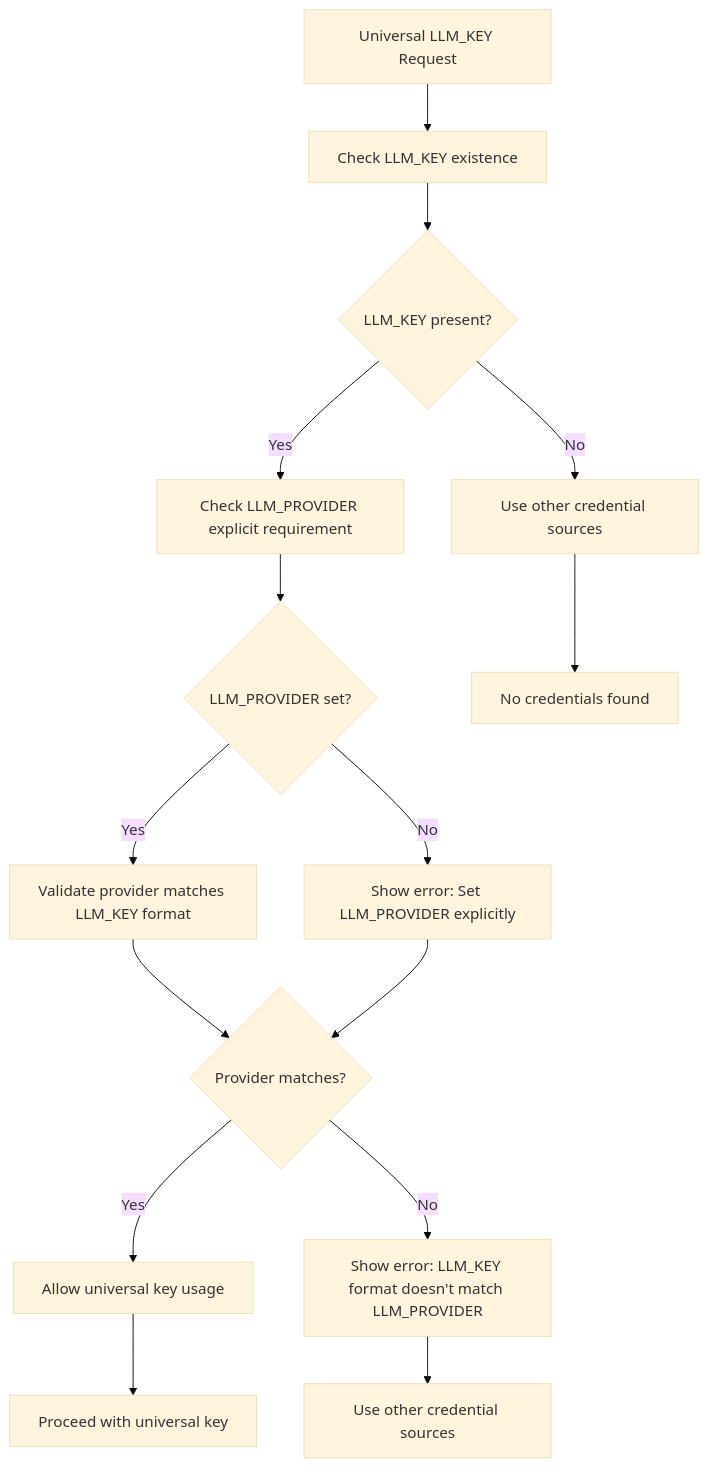
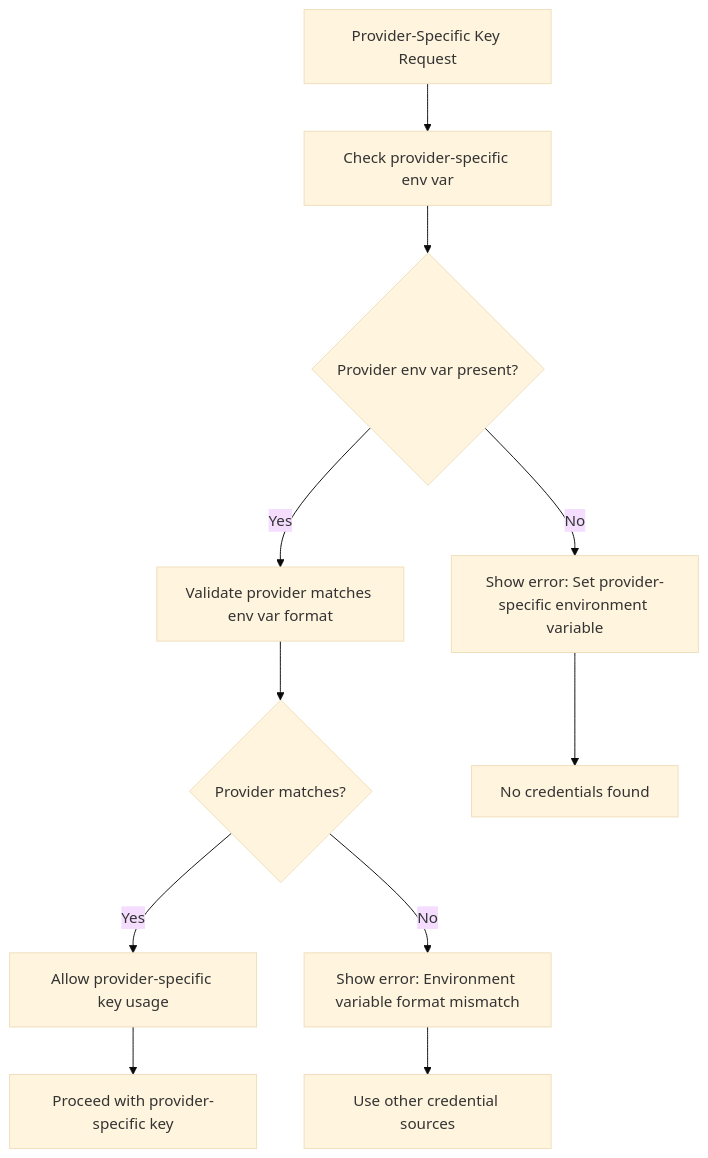
One commit to shekhargiri005-dotcom/AI-powered-accessibility-first-UI-engine changed the fifth of 11 diagrams in .qoder/repowiki/en/content/AI Generation Engine/AI Provider Adapters/Configuration & Authentication Management.md. Above: the diagram before and after it, drawn with Mermaid (base theme). The commit also changed other lines of this file and 71 other files, not shown here.

````diff
--- a/.qoder/repowiki/en/content/AI Generation Engine/AI Provider Adapters/Configuration & Authentication Management.md
+++ b/.qoder/repowiki/en/content/AI Generation Engine/AI Provider Adapters/Configuration & Authentication Management.md
@@ -224,17 +212,13 @@
 ```mermaid
 flowchart TD
-A["Universal LLM_KEY Request"] --> B["Check LLM_KEY existence"]
-B --> C{"LLM_KEY present?"}
-C --> |No| D["Use other credential sources"]
-C --> |Yes| E["Check LLM_PROVIDER explicit requirement"]
-E --> F{"LLM_PROVIDER set?"}
-F --> |Yes| G["Validate provider matches LLM_KEY format"]
-F --> |No| H["Show error: Set LLM_PROVIDER explicitly"]
-G --> I{"Provider matches?"}
-H --> I
-I --> |Yes| J["Allow universal key usage"]
-I --> |No| K["Show error: LLM_KEY format doesn't match LLM_PROVIDER"]
-J --> L["Proceed with universal key"]
-K --> M["Use other credential sources"]
-D --> N["No credentials found"]
+A["Provider-Specific Key Request"] --> B["Check provider-specific env var"]
+B --> C{"Provider env var present?"}
+C --> |Yes| D["Validate provider matches env var format"]
+C --> |No| E["Show error: Set provider-specific environment variable"]
+D --> F{"Provider matches?"}
+F --> |Yes| G["Allow provider-specific key usage"]
+F --> |No| H["Show error: Environment variable format mismatch"]
+G --> I["Proceed with provider-specific key"]
+H --> J["Use other credential sources"]
+E --> K["No credentials found"]
 ```
````
